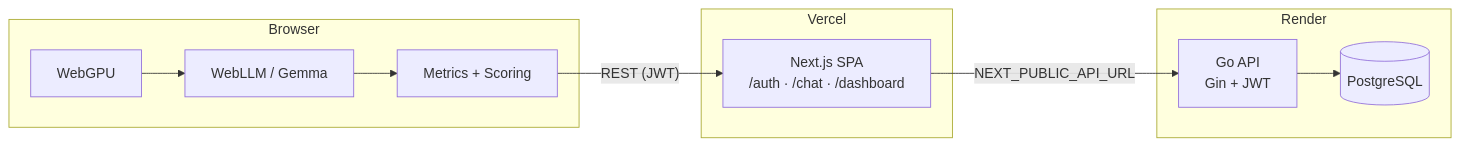
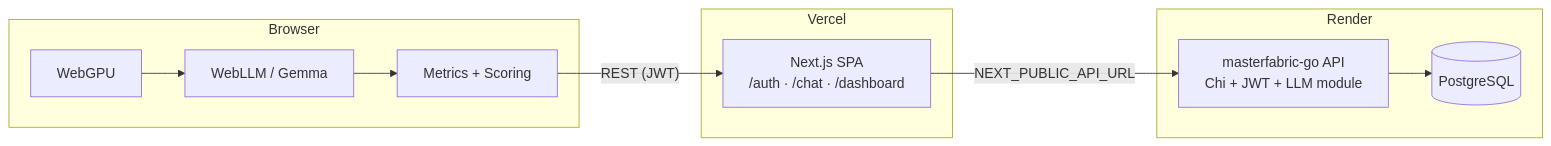
One commit to ayse-solmaz/llm-monitoring-app changed the diagram in docs/API.md. Above: the diagram before and after it, drawn with Mermaid. The commit also changed 207 other files, not shown here.

First line of the commit message:
Migrate backend to masterfabric-go with LLM monitoring module

````diff
--- a/docs/API.md
+++ b/docs/API.md
@@ -5,23 +5,23 @@
 ```mermaid
 flowchart LR
   subgraph Browser["Browser"]
     WebGPU["WebGPU"]
     WebLLM["WebLLM / Gemma"]
     Metrics["Metrics + Scoring"]
   end
 
   subgraph Vercel["Vercel"]
     NextJS["Next.js SPA<br/>/auth · /chat · /dashboard"]
   end
 
   subgraph Render["Render"]
-    GoAPI["Go API<br/>Gin + JWT"]
+    GoAPI["masterfabric-go API<br/>Chi + JWT + LLM module"]
     Postgres[("PostgreSQL")]
   end
 
   WebGPU --> WebLLM
   WebLLM --> Metrics
   Metrics -->|"REST (JWT)"| NextJS
   NextJS -->|"NEXT_PUBLIC_API_URL"| GoAPI
   GoAPI --> Postgres
 ```
````
